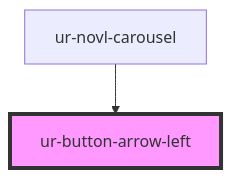
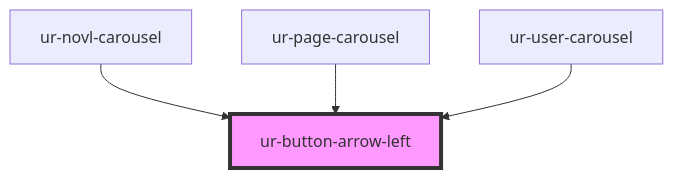
Before and after one commit to hellish/urnovl-web-components: the diagram in src/components/ur-button-arrow-left/readme.md, drawn with Mermaid. The commit also changed other lines of this file and 24 other files, not shown here.

Commit message:
Updates on Page, User, UserCarousel, PageCarousel components

````diff
--- a/src/components/ur-button-arrow-left/readme.md
+++ b/src/components/ur-button-arrow-left/readme.md
@@ -29,5 +31,7 @@
 ```mermaid
 graph TD;
   ur-novl-carousel --> ur-button-arrow-left
+  ur-page-carousel --> ur-button-arrow-left
+  ur-user-carousel --> ur-button-arrow-left
   style ur-button-arrow-left fill:#f9f,stroke:#333,stroke-width:4px
 ```
````
